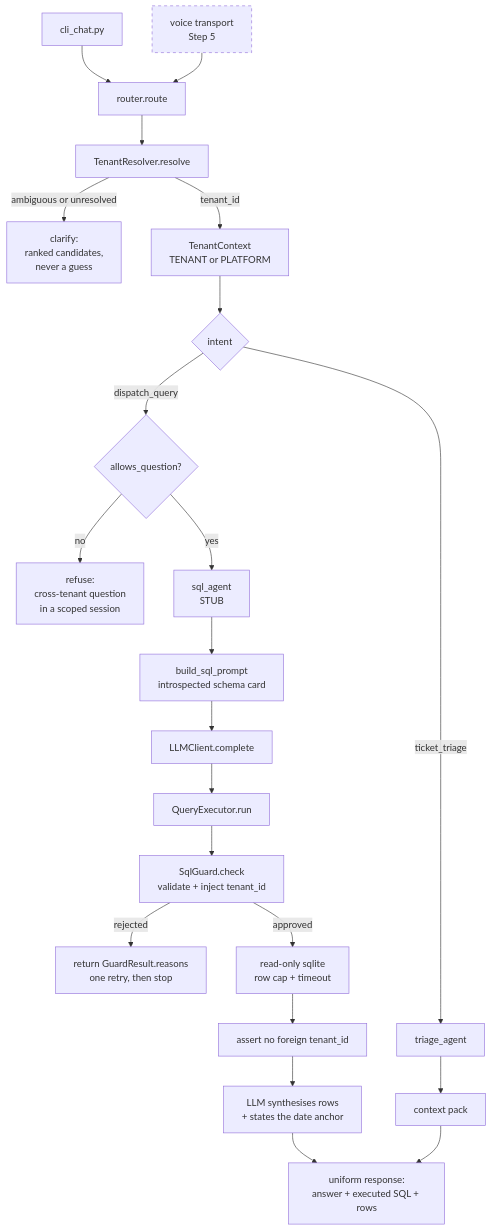
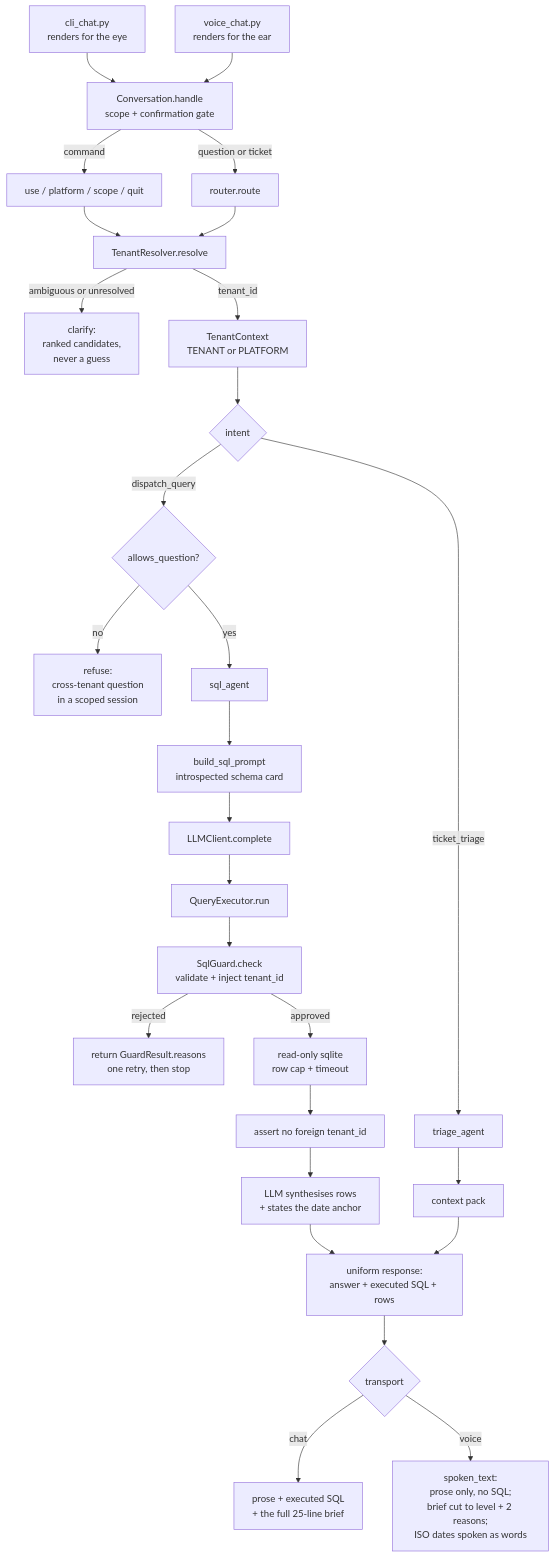
The first of 3 diagrams in DESIGN.md (DevSakar404/fleet-panda), drawn with Mermaid before and after one commit. The commit also changed other lines of this file and 9 other files, not shown here.

First line of the commit message:
Step 5: voice mode -- push-to-talk, speech in, speech out

````diff
--- a/DESIGN.md
+++ b/DESIGN.md
@@ -19,34 +19,39 @@
 ```mermaid
 graph TD
-    CHAT[cli_chat.py] --> ROUTE
-    VOICE[voice transport<br/>Step 5] --> ROUTE
+    CHAT[cli_chat.py<br/>renders for the eye] --> CONV
+    VOICE[voice_chat.py<br/>renders for the ear] --> CONV
 
+    CONV[Conversation.handle<br/>scope + confirmation gate] -->|command| CMD[use / platform / scope / quit]
+    CONV -->|question or ticket| ROUTE
+
+    CMD --> RESOLVE
     ROUTE[router.route] --> RESOLVE
 
     RESOLVE[TenantResolver.resolve] -->|ambiguous or unresolved| CLARIFY[clarify:<br/>ranked candidates,<br/>never a guess]
     RESOLVE -->|tenant_id| CTX[TenantContext<br/>TENANT or PLATFORM]
 
     CTX --> INTENT{intent}
     INTENT -->|dispatch_query| AUTH
     INTENT -->|ticket_triage| TRIAGE
 
     AUTH{allows_question?} -->|no| REFUSE[refuse:<br/>cross-tenant question<br/>in a scoped session]
-    AUTH -->|yes| SQLA[sql_agent<br/>STUB]
+    AUTH -->|yes| SQLA[sql_agent]
 
     SQLA --> PROMPT[build_sql_prompt<br/>introspected schema card]
     PROMPT --> LLM1[LLMClient.complete]
     LLM1 --> EXEC
 
     EXEC[QueryExecutor.run] --> GUARD
     GUARD[SqlGuard.check<br/>validate + inject tenant_id] -->|rejected| REASONS[return GuardResult.reasons<br/>one retry, then stop]
     GUARD -->|approved| RUN[read-only sqlite<br/>row cap + timeout]
     RUN --> ASSERT[assert no foreign tenant_id]
     ASSERT --> SYNTH[LLM synthesises rows<br/>+ states the date anchor]
 
     TRIAGE[triage_agent] --> PACK
     SYNTH --> OUT[uniform response:<br/>answer + executed SQL + rows]
     PACK[context pack] --> OUT
 
-    classDef stub stroke-dasharray:5 5
-    class VOICE stub
+    OUT --> RENDER{transport}
+    RENDER -->|chat| EYE[prose + executed SQL<br/>+ the full 25-line brief]
+    RENDER -->|voice| EAR[spoken_text:<br/>prose only, no SQL;<br/>brief cut to level + 2 reasons;<br/>ISO dates spoken as words]
 ```
````
